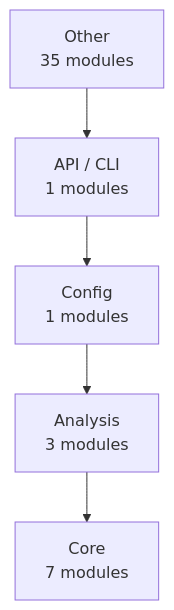
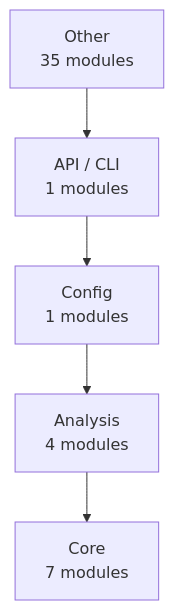
One commit to wronai/fixos changed the first of 3 diagrams in docs/architecture.md. Above: the diagram before and after it, drawn with Mermaid. The commit also changed other lines of this file and 41 other files, not shown here.

````diff
--- a/docs/architecture.md
+++ b/docs/architecture.md
@@ -39,12 +39,12 @@
 ```mermaid
 graph TD
     Other["Other<br/>35 modules"]
     API___CLI["API / CLI<br/>1 modules"]
     Config["Config<br/>1 modules"]
-    Analysis["Analysis<br/>3 modules"]
+    Analysis["Analysis<br/>4 modules"]
     Core["Core<br/>7 modules"]
     Other --> API___CLI
     API___CLI --> Config
     Config --> Analysis
     Analysis --> Core
 ```
````
